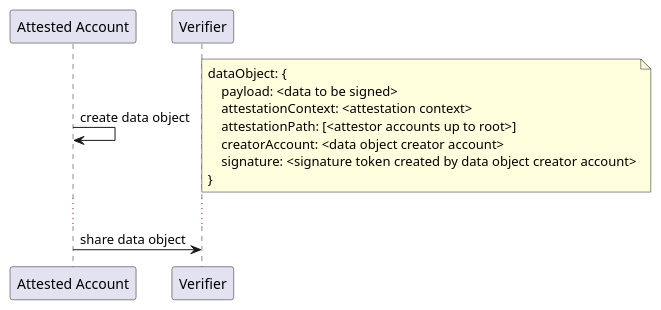
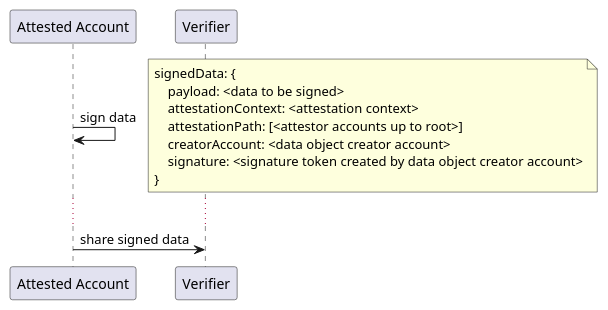
The diagram in docs/plantUml/src/attestation-protocol/claim-creation-workflow.puml (masterbtc/documentation-1), drawn with PlantUML before and after one commit. The commit also changed other lines of this file and 4 other files, not shown here.

```diff
--- a/docs/plantUml/src/attestation-protocol/claim-creation-workflow.puml
+++ b/docs/plantUml/src/attestation-protocol/claim-creation-workflow.puml
@@ -18,23 +18,23 @@
 @startuml
 
 
 participant "Attested Account" as ATTE
 participant "Verifier" as VERI
 
 
-ATTE -> ATTE: create data object
+ATTE -> ATTE: sign data
 note right
-    dataObject: {
+    signedData: {
         payload: <data to be signed>
         attestationContext: <attestation context>
         attestationPath: [<attestor accounts up to root>]
         creatorAccount: <data object creator account>
         signature: <signature token created by data object creator account>
     }
 end note
 
 
 ...
-ATTE -> VERI: share data object
+ATTE -> VERI: share signed data
 
 @enduml
```
